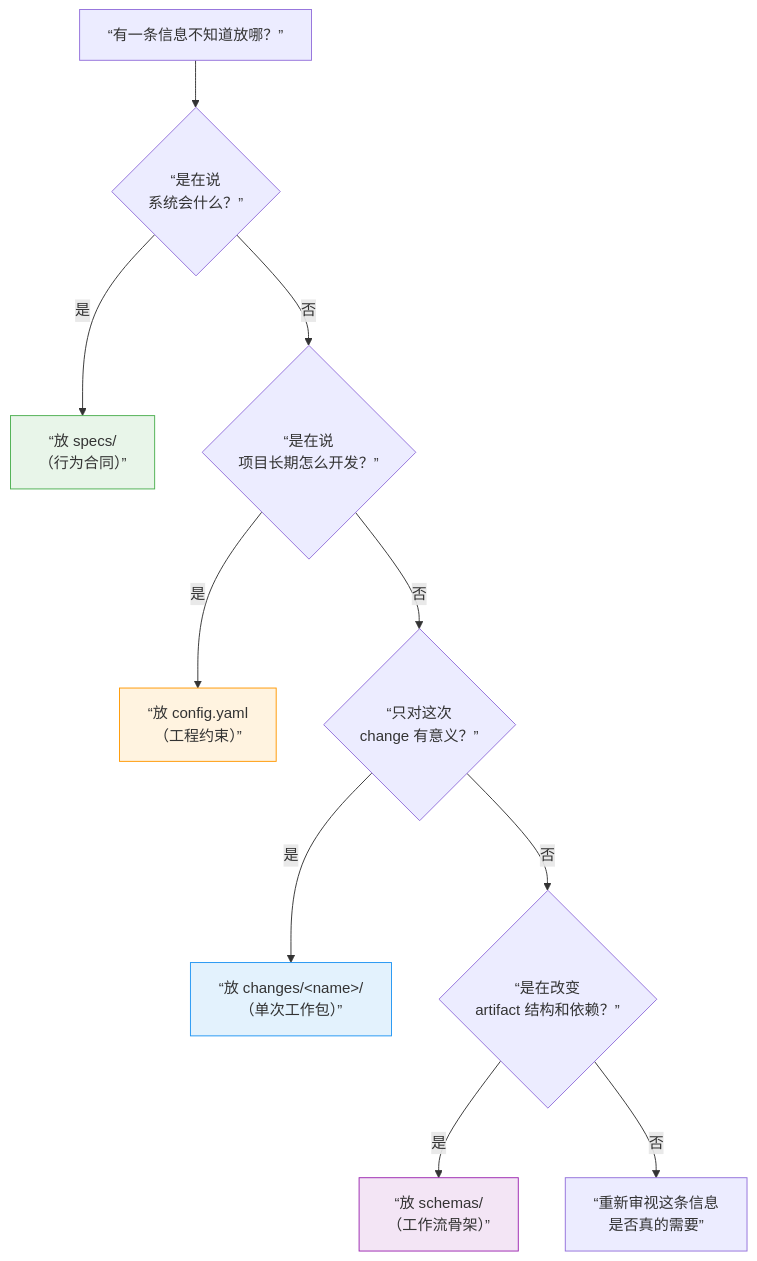
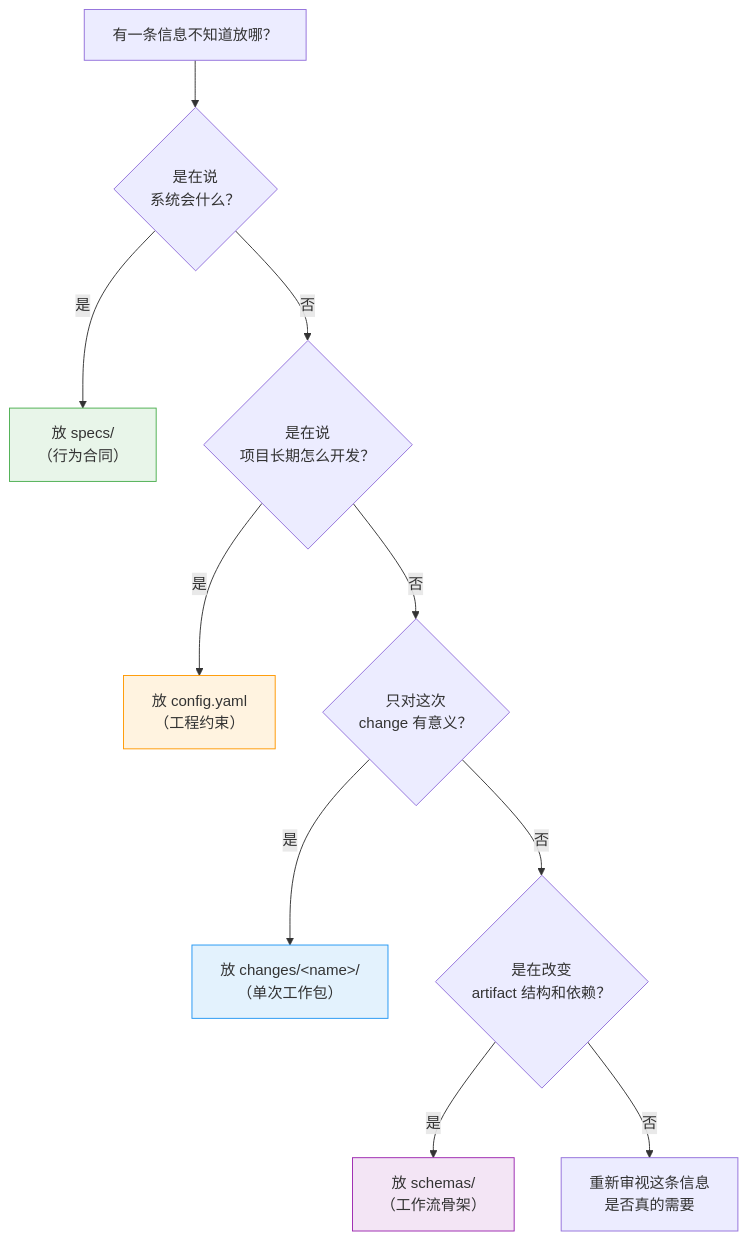
The second of 2 diagrams in _digested_docs/new/08-高级-项目级全局约束到底放哪.md (ethan-jiang-3/OpenSpec), drawn with Mermaid before and after one commit. The commit also changed other lines of this file and 10 other files, not shown here.

````diff
--- a/_digested_docs/new/08-高级-项目级全局约束到底放哪.md
+++ b/_digested_docs/new/08-高级-项目级全局约束到底放哪.md
@@ -653,17 +653,17 @@
 ```mermaid
 graph TD
-    Start[“有一条信息不知道放哪？”] --> Q1{“是在说<br/>系统会什么？”}
-    Q1 -->|是| Specs[“放 specs/<br/>（行为合同）”]
-    Q1 -->|否| Q2{“是在说<br/>项目长期怎么开发？”}
-    Q2 -->|是| Config[“放 config.yaml<br/>（工程约束）”]
-    Q2 -->|否| Q3{“只对这次<br/>change 有意义？”}
-    Q3 -->|是| Changes[“放 changes/&lt;name&gt;/<br/>（单次工作包）”]
-    Q3 -->|否| Q4{“是在改变<br/>artifact 结构和依赖？”}
-    Q4 -->|是| Schema[“放 schemas/<br/>（工作流骨架）”]
-    Q4 -->|否| Unclear[“重新审视这条信息<br/>是否真的需要”]
+    Start["有一条信息不知道放哪？"] --> Q1{"是在说<br/>系统会什么？"}
+    Q1 -->|是| Specs["放 specs/<br/>（行为合同）"]
+    Q1 -->|否| Q2{"是在说<br/>项目长期怎么开发？"}
+    Q2 -->|是| Config["放 config.yaml<br/>（工程约束）"]
+    Q2 -->|否| Q3{"只对这次<br/>change 有意义？"}
+    Q3 -->|是| Changes["放 changes/&lt;name&gt;/<br/>（单次工作包）"]
+    Q3 -->|否| Q4{"是在改变<br/>artifact 结构和依赖？"}
+    Q4 -->|是| Schema["放 schemas/<br/>（工作流骨架）"]
+    Q4 -->|否| Unclear["重新审视这条信息<br/>是否真的需要"]
     
     style Specs fill:#e8f5e9,stroke:#4caf50
     style Config fill:#fff3e0,stroke:#ff9800
     style Changes fill:#e3f2fd,stroke:#2196f3
     style Schema fill:#f3e5f5,stroke:#9c27b0
 ```
````
